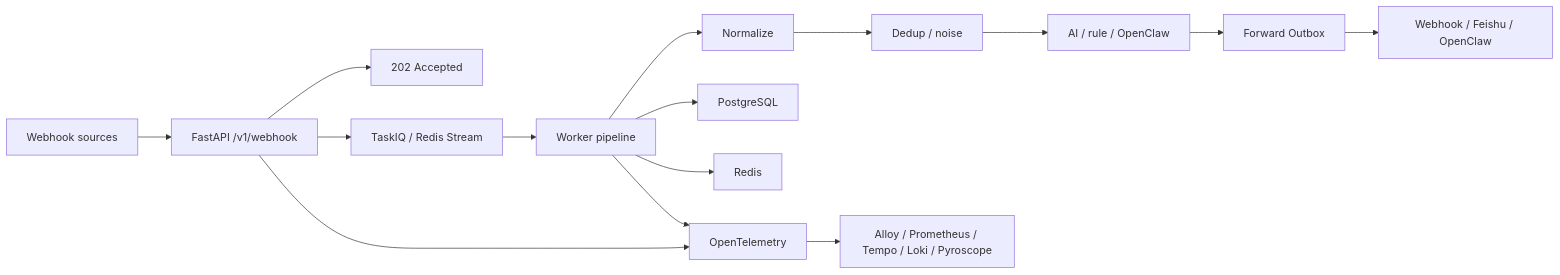
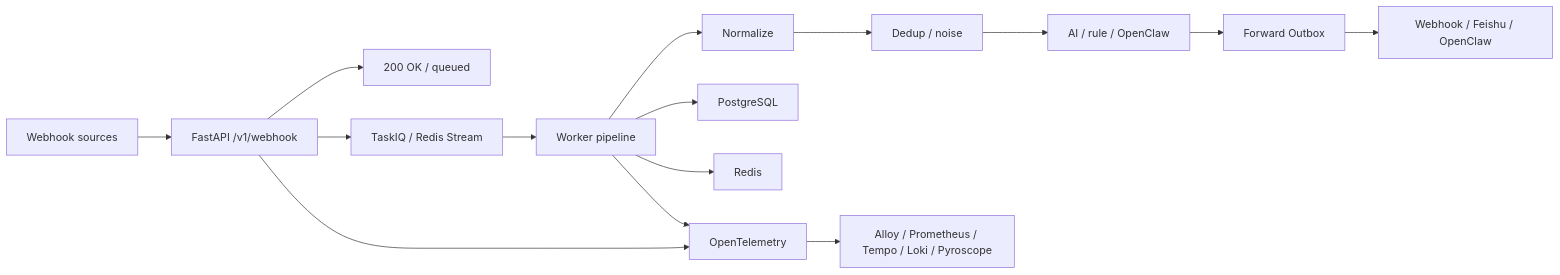
Before and after one commit to itswl/WebhookWise: the diagram in README.md, drawn with Mermaid. The commit also changed other lines of this file and 7 other files, not shown here.

````diff
--- a/README.md
+++ b/README.md
@@ -41,17 +41,17 @@
 ```mermaid
 flowchart LR
     source["Webhook sources"] --> api["FastAPI /v1/webhook"]
-    api --> accepted["202 Accepted"]
+    api --> accepted["200 OK / queued"]
     api --> queue["TaskIQ / Redis Stream"]
     queue --> worker["Worker pipeline"]
     worker --> normalize["Normalize"]
     normalize --> dedup["Dedup / noise"]
     dedup --> analyze["AI / rule / OpenClaw"]
     analyze --> outbox["Forward Outbox"]
     outbox --> targets["Webhook / Feishu / OpenClaw"]
     worker --> db["PostgreSQL"]
     worker --> redis["Redis"]
     api --> otel["OpenTelemetry"]
     worker --> otel
     otel --> obs["Alloy / Prometheus / Tempo / Loki / Pyroscope"]
 ```
````
